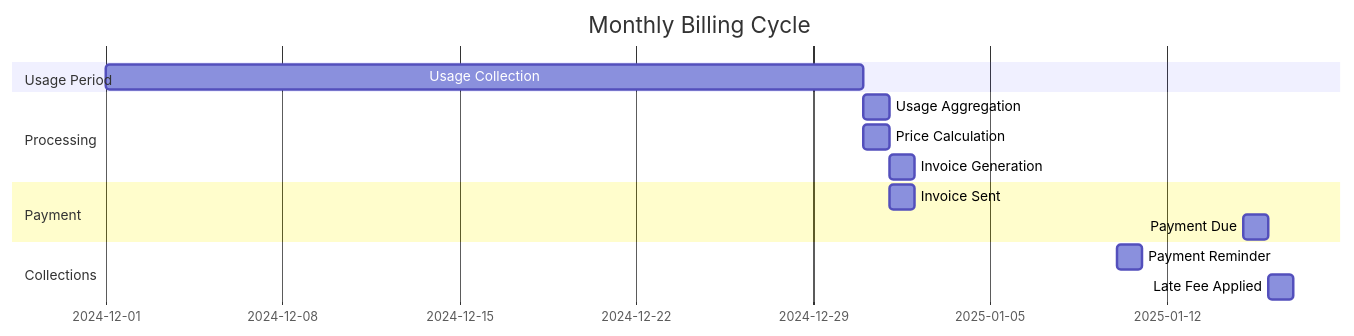
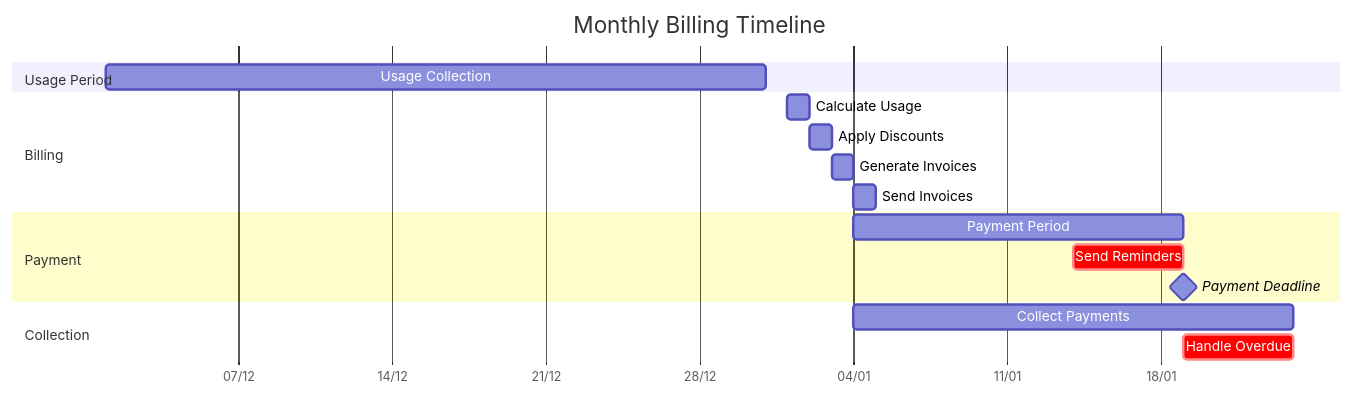
Before and after one commit to huuhoait/openbanking-vn-specs: the seventh of 15 diagrams in 09-Thuong-mai-hoa-API.md, drawn with Mermaid. The commit also changed other lines of this file and 14 other files, not shown here.

````diff
--- a/09-Thuong-mai-hoa-API.md
+++ b/09-Thuong-mai-hoa-API.md
@@ -209,17 +248,24 @@
 ```mermaid
 gantt
-    title Monthly Billing Cycle
+    title Monthly Billing Timeline
     dateFormat YYYY-MM-DD
+    axisFormat %d/%m
+    
     section Usage Period
-    Usage Collection           :2024-12-01, 30d
-    section Processing
-    Usage Aggregation         :2024-12-31, 1d
-    Price Calculation         :2024-12-31, 1d
-    Invoice Generation        :2025-01-01, 1d
+    Usage Collection :usage, 2025-12-01, 30d
+    
+    section Billing
+    Calculate Usage :calc, 2026-01-01, 1d
+    Apply Discounts :discount, 2026-01-02, 1d
+    Generate Invoices :invoice, 2026-01-03, 1d
+    Send Invoices :send, 2026-01-04, 1d
+    
     section Payment
-    Invoice Sent              :2025-01-01, 1d
-    Payment Due               :2025-01-15, 1d
-    section Collections
-    Payment Reminder          :2025-01-10, 1d
-    Late Fee Applied          :2025-01-16, 1d
+    Payment Period :pay, 2026-01-04, 15d
+    Send Reminders :crit, reminder, 2026-01-14, 5d
+    Payment Deadline :milestone, deadline, 2026-01-19, 0d
+    
+    section Collection
+    Collect Payments :collect, 2026-01-04, 20d
+    Handle Overdue :crit, overdue, 2026-01-19, 5d
 ```
````
